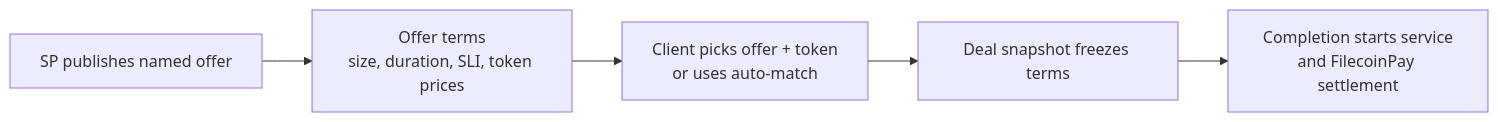
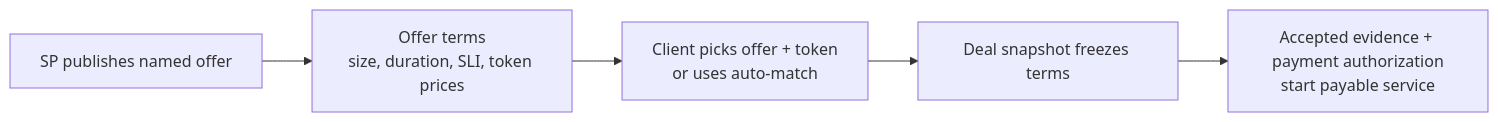
One commit to fidlabs/porep-market changed the diagram in docs/specs/porep-v2-overview.md. Above: the diagram before and after it, drawn with Mermaid. The commit also changed other lines of this file and 11 other files, not shown here.

````diff
--- a/docs/specs/porep-v2-overview.md
+++ b/docs/specs/porep-v2-overview.md
@@ -12,10 +12,10 @@
 ```mermaid
 flowchart LR
     sp["SP publishes named offer"]
     offer["Offer terms<br/>size, duration, SLI, token prices"]
     client["Client picks offer + token<br/>or uses auto-match"]
     deal["Deal snapshot freezes terms"]
-    service["Completion starts service<br/>and FilecoinPay settlement"]
+    service["Accepted evidence + payment authorization<br/>start payable service"]
 
     sp --> offer --> client --> deal --> service
 ```
````
